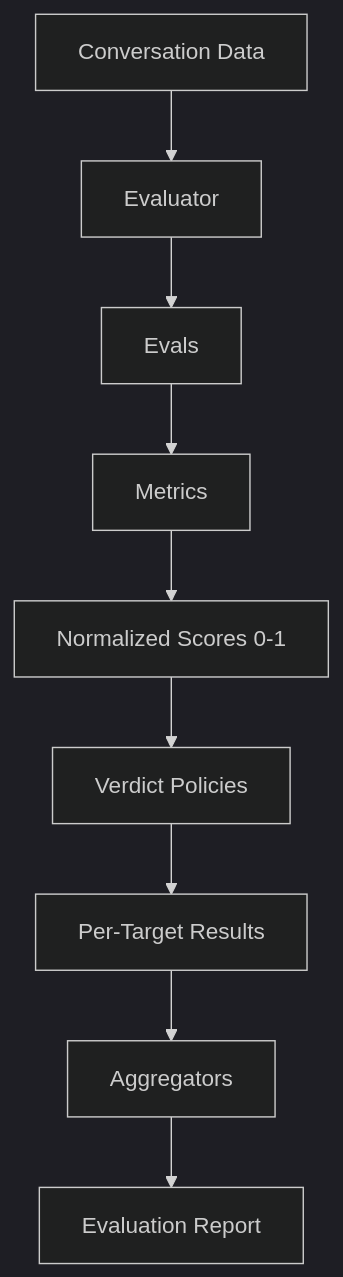
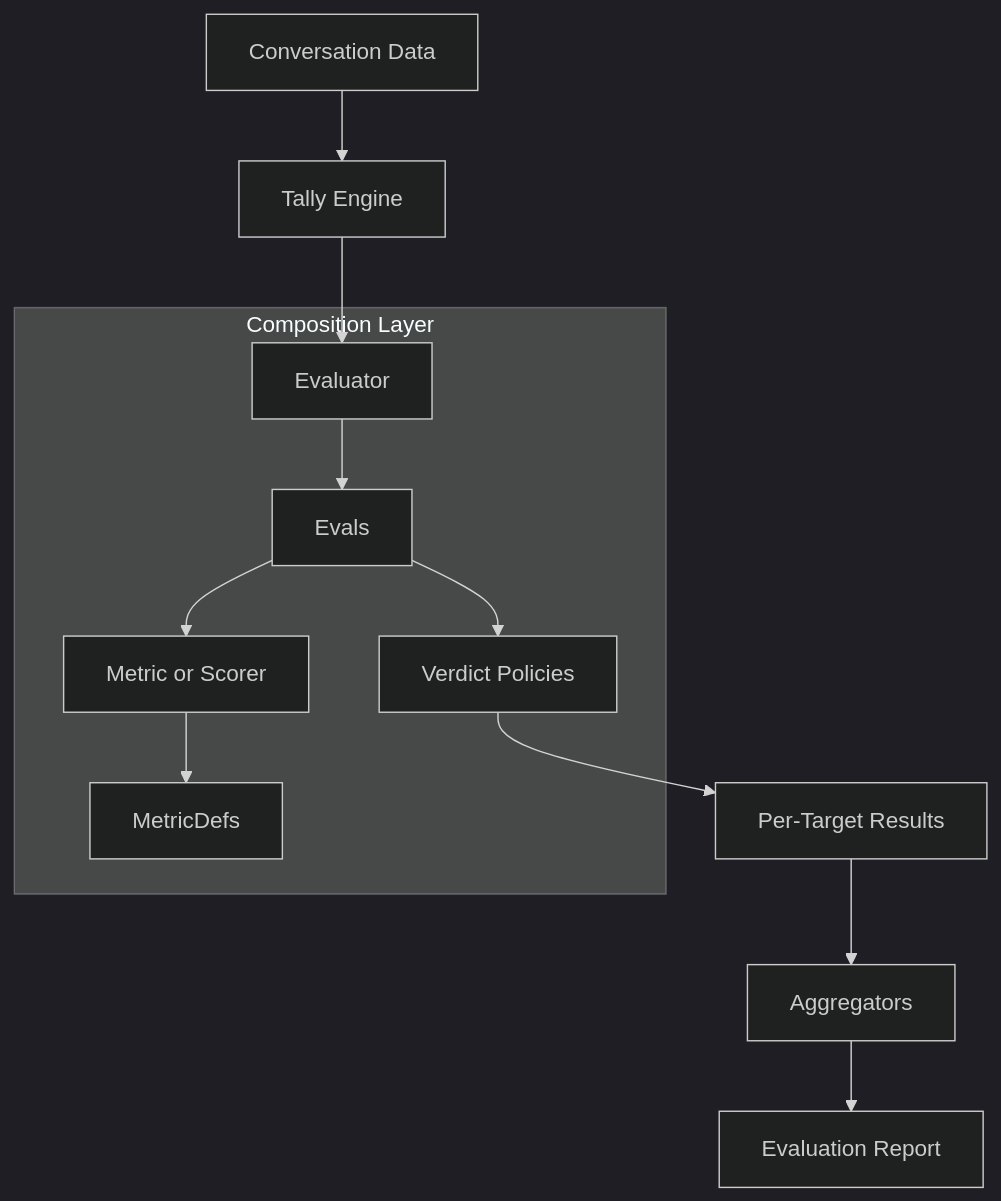
Before and after one commit to tally-evals/tally: the diagram in apps/docs/content/docs/tally/concepts.mdx, drawn with Mermaid (dark theme). The commit also changed other lines of this file and 16 other files, not shown here.

Commit message:
Refactor documentation structure and content; reorder pages in meta.json for better organization; enhance Tally documentation with clearer definitions and examples for Evals, Scorers, and Reports; remove outdated metrics documentation; improve layout for better navigation and accessibility.

````diff
--- a/apps/docs/content/docs/tally/concepts.mdx
+++ b/apps/docs/content/docs/tally/concepts.mdx
@@ -21,11 +43,16 @@
 ```mermaid
 graph TD
-    Data[Conversation Data] --> Evaluator[Evaluator]
-    Evaluator --> Evals[Evals]
-    Evals --> Metrics[Metrics]
-    Metrics --> Scores[Normalized Scores 0-1]
-    Scores --> Verdicts[Verdict Policies]
+    Data[Conversation Data] --> Engine[Tally Engine]
+    Engine --> Evaluator[Evaluator]
+    
+    subgraph "Composition Layer"
+        Evaluator --> Evals[Evals]
+        Evals --> Verdicts[Verdict Policies]
+        Evals --> Logic[Metric or Scorer]
+        Logic --> RawMetrics[MetricDefs]
+    end
+
     Verdicts --> Results[Per-Target Results]
     Results --> Aggregators[Aggregators]
     Aggregators --> Report[Evaluation Report]
 ```
````
